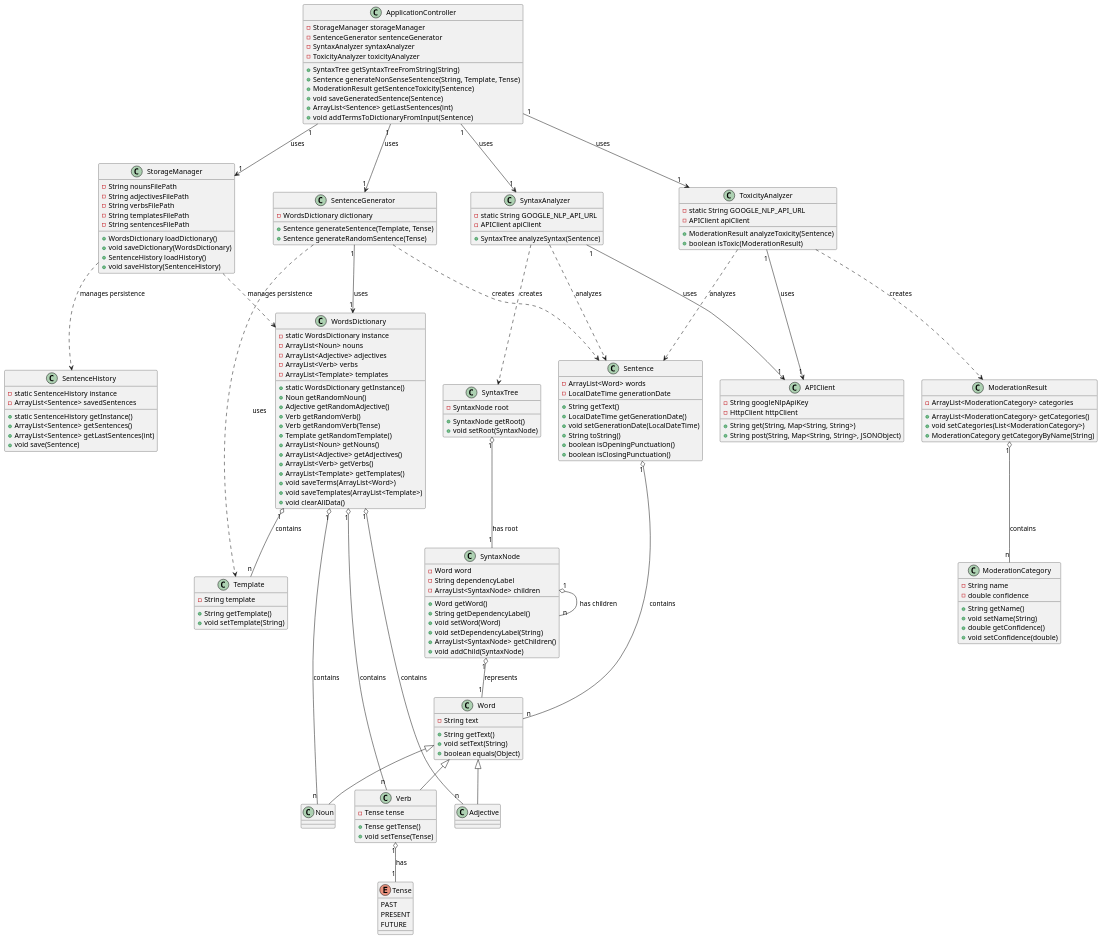
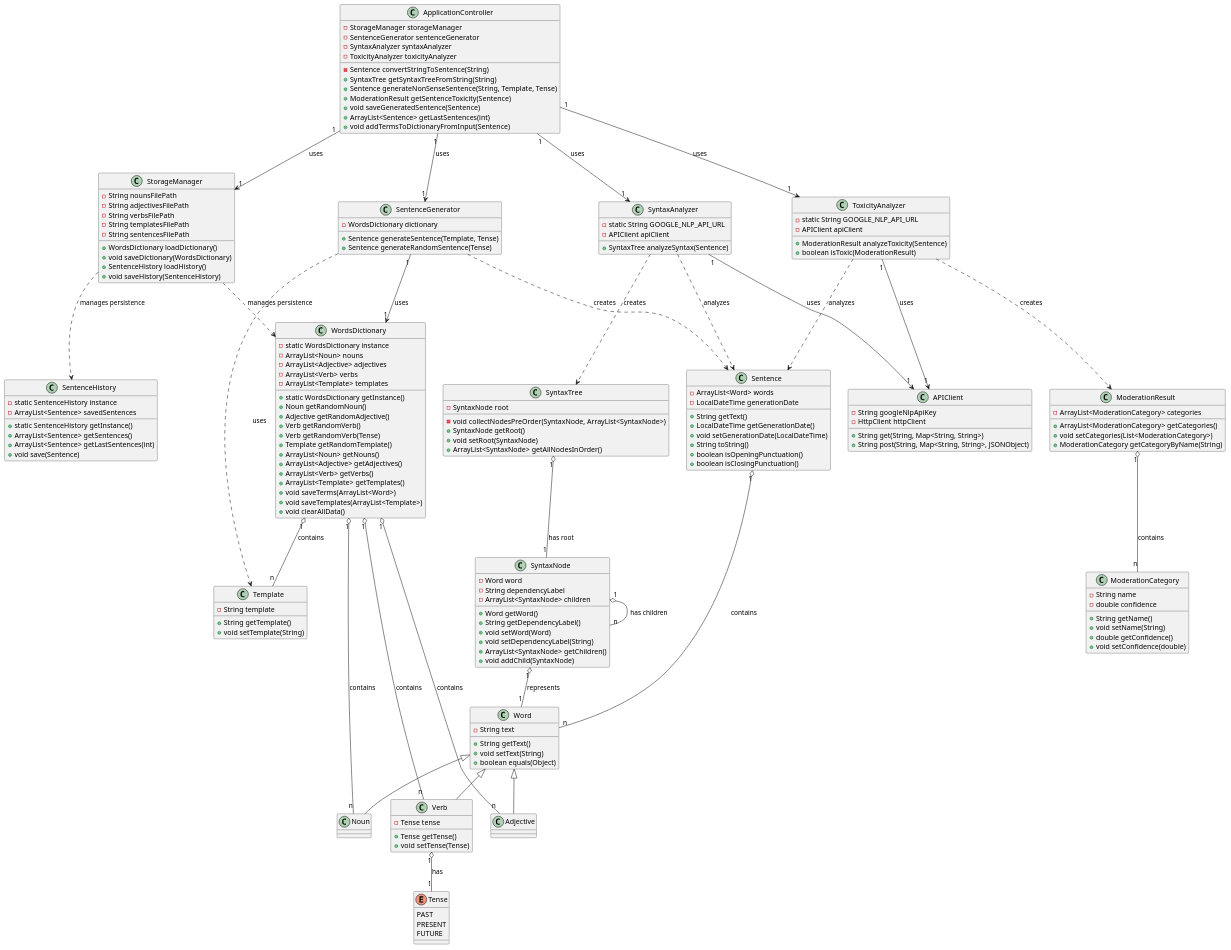
The diagram in docs/diagrams/classmodel.plantuml (liamtoaldo/NonSenseGenerator), drawn with PlantUML before and after one commit. The commit also changed 8 other files, not shown here.

```diff
--- a/docs/diagrams/classmodel.plantuml
+++ b/docs/diagrams/classmodel.plantuml
@@ -105,8 +105,10 @@
 ' SyntaxTree e SyntaxNode formano un pattern Composite
 class SyntaxTree {
     -SyntaxNode root
+    -void collectNodesPreOrder(SyntaxNode, ArrayList<SyntaxNode>)
     +SyntaxNode getRoot()
     +void setRoot(SyntaxNode)
+    +ArrayList<SyntaxNode> getAllNodesInOrder()
 }
 
 class SyntaxNode {
@@ -156,6 +158,7 @@
     -SentenceGenerator sentenceGenerator
     -SyntaxAnalyzer syntaxAnalyzer
     -ToxicityAnalyzer toxicityAnalyzer
+    -Sentence convertStringToSentence(String)
     +SyntaxTree getSyntaxTreeFromString(String)
     +Sentence generateNonSenseSentence(String, Template, Tense)
     +ModerationResult getSentenceToxicity(Sentence)
```
